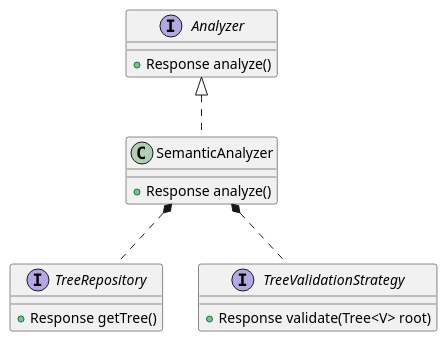
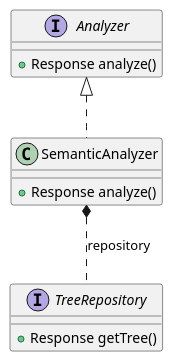
One commit to IngsisPrintScript/PrintScript changed the diagram in src/main/java/analyzers/semantic/SemanticDiagram.puml. Above: the diagram before and after it, drawn with PlantUML. The commit also changed 1 other file, not shown here.

Commit message:
ast->tree<V>

```diff
--- a/src/main/java/analyzers/semantic/SemanticDiagram.puml
+++ b/src/main/java/analyzers/semantic/SemanticDiagram.puml
@@ -1,24 +1,19 @@
 @startuml
 'https://plantuml.com/class-diagram
 
 interface Analyzer{
     + Response analyze()
 }
 
 class SemanticAnalyzer{
     + Response analyze()
 }
 
 interface TreeRepository{
     + Response getTree()
 }
 
-interface TreeValidationStrategy{
-    + Response validate(Tree<V> root)
-}
-
 Analyzer <|.. SemanticAnalyzer
 
-SemanticAnalyzer *.. TreeRepository
-SemanticAnalyzer *.. TreeValidationStrategy
+SemanticAnalyzer *.. TreeRepository: repository
 @enduml
```
